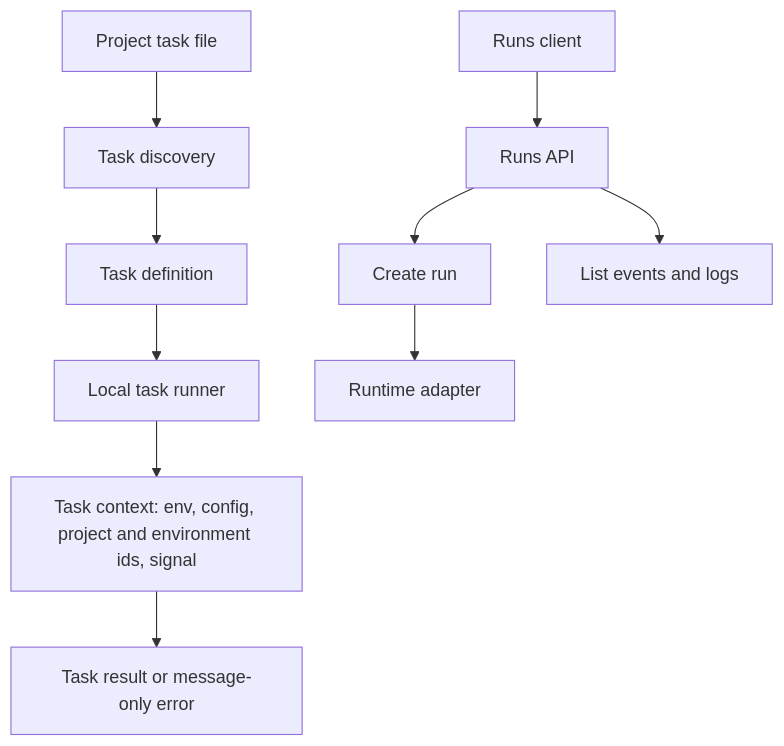
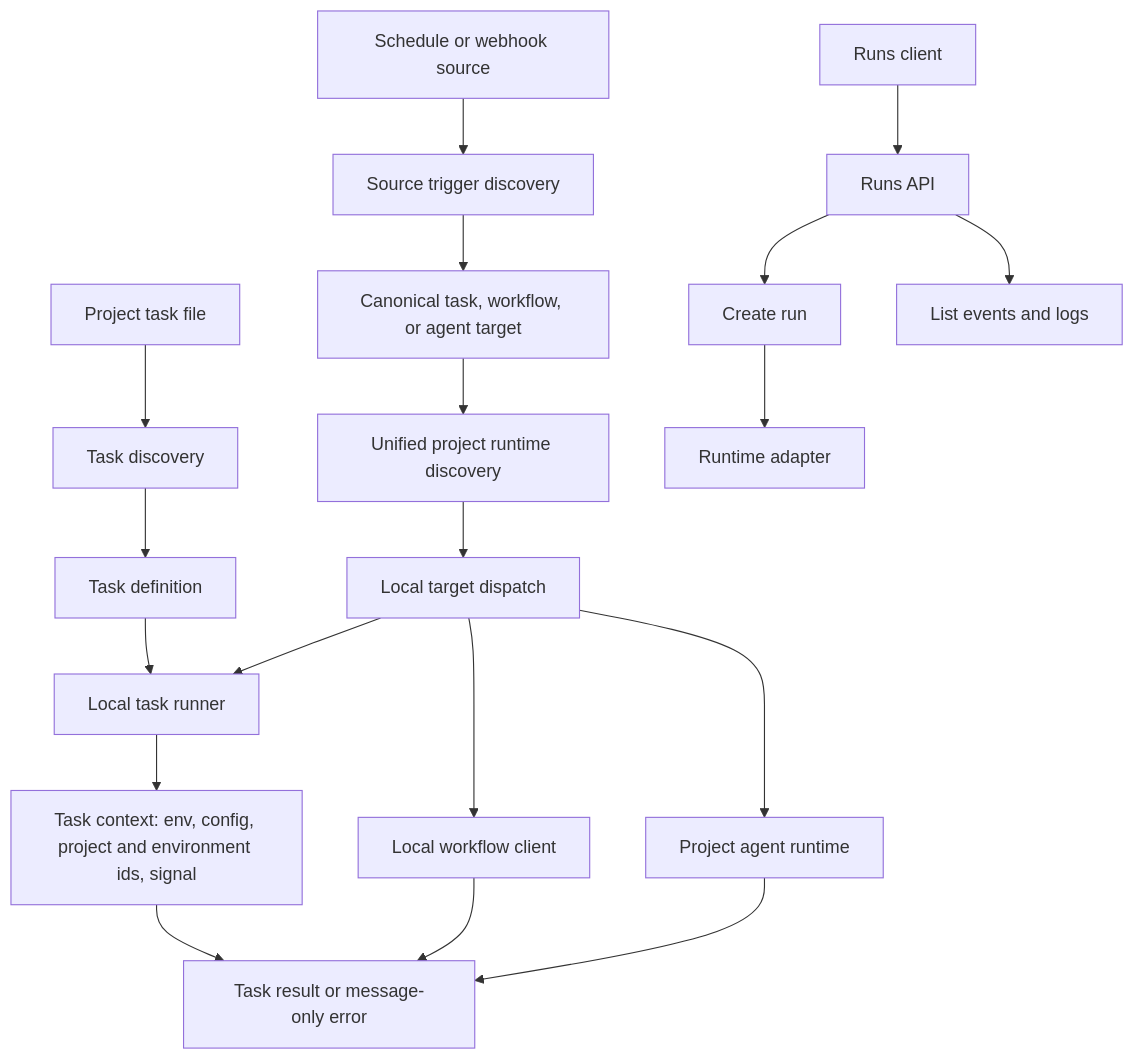
The diagram in docs/architecture/09-runs-and-tasks.md (veryfront/veryfront-code), drawn with Mermaid before and after one commit. The commit also changed other lines of this file and 27 other files, not shown here.

Commit message:
harden trigger discovery and execution

````diff
--- a/docs/architecture/09-runs-and-tasks.md
+++ b/docs/architecture/09-runs-and-tasks.md
@@ -26,13 +31,23 @@
 ```mermaid
 flowchart TD
+  sourceFile[Schedule or webhook source] --> sourceDiscovery[Source trigger discovery]
+  sourceDiscovery --> triggerTarget[Canonical task, workflow, or agent target]
+  triggerTarget --> projectDiscovery[Unified project runtime discovery]
+  projectDiscovery --> targetDispatch[Local target dispatch]
+
   taskFile[Project task file] --> discovery[Task discovery]
   discovery --> taskDef[Task definition]
   taskDef --> localRun[Local task runner]
+  targetDispatch --> localRun
+  targetDispatch --> workflowRun[Local workflow client]
+  targetDispatch --> agentRun[Project agent runtime]
   localRun --> taskContext[Task context: env, config, project and environment ids, signal]
   taskContext --> result[Task result or message-only error]
+  workflowRun --> result
+  agentRun --> result
 
   client[Runs client] --> api[Runs API]
   api --> create[Create run]
   api --> events[List events and logs]
   create --> backing[Runtime adapter]
 ```
````
